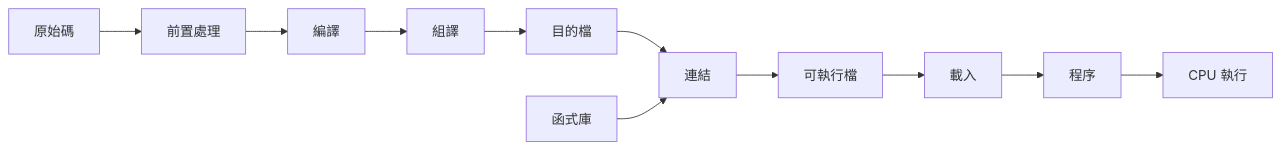
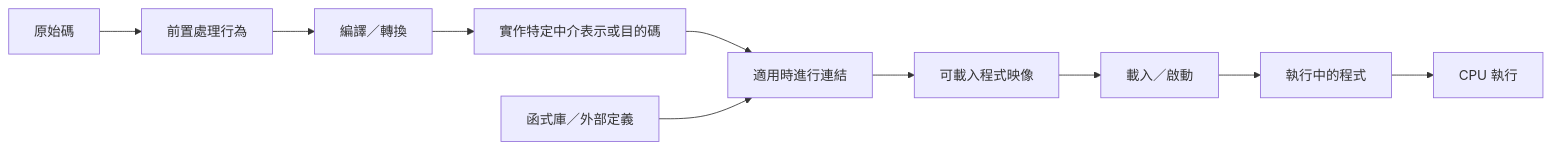
One commit to inred329/summer_pre_course_2026 changed the second of 4 diagrams in design/03-programming-domain-model.zh-TW.md. Above: the diagram before and after it, drawn with Mermaid. The commit also changed other lines of this file and 104 other files, not shown here.

````diff
--- a/design/03-programming-domain-model.zh-TW.md
+++ b/design/03-programming-domain-model.zh-TW.md
@@ -75,13 +81,12 @@
 ```mermaid
 flowchart LR
-    SRC[原始碼] --> PP[前置處理]
-    PP --> CC[編譯]
-    CC --> AS[組譯]
-    AS --> OBJ[目的檔]
-    OBJ --> LK[連結]
-    LIB[函式庫] --> LK
-    LK --> EXE[可執行檔]
-    EXE --> LOAD[載入]
-    LOAD --> PROC[程序]
+    SRC[原始碼] --> PP[前置處理行為]
+    PP --> CC[編譯／轉換]
+    CC --> OBJ[實作特定中介表示或目的碼]
+    OBJ --> LK[適用時進行連結]
+    LIB[函式庫／外部定義] --> LK
+    LK --> EXE[可載入程式映像]
+    EXE --> LOAD[載入／啟動]
+    LOAD --> PROC[執行中的程式]
     PROC --> CPU[CPU 執行]
 ```
````
